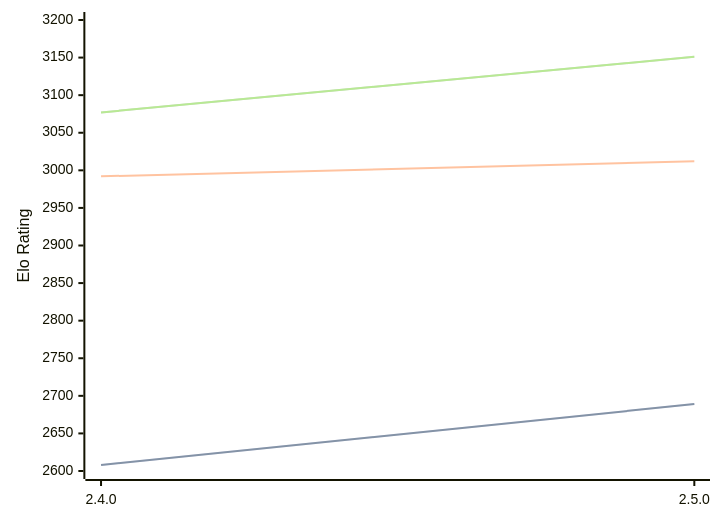
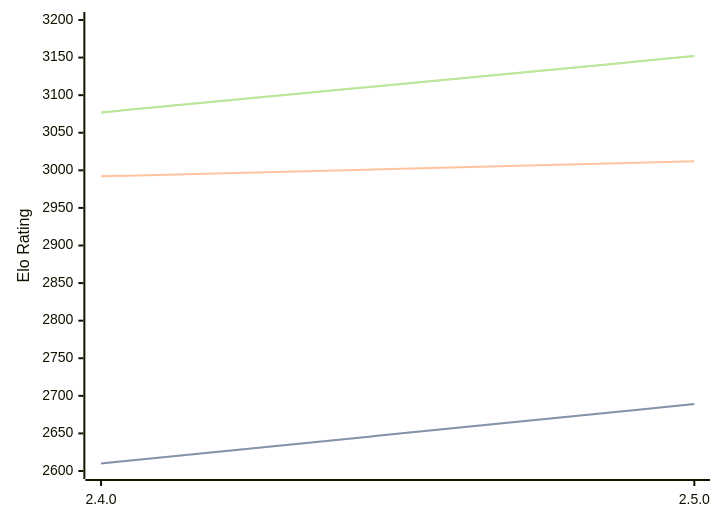
Before and after one commit to computer-chess-index/cci: the third of 3 diagrams in engines/Sturddle2.md, drawn with Mermaid. The commit also changed other lines of this file, not shown here.

Commit message:
Update CCI Ratings (ELO VLTC) - 2026-06-22

````diff
--- a/engines/Sturddle2.md
+++ b/engines/Sturddle2.md
@@ -70,11 +70,11 @@
 ```mermaid
 %%{init: {"theme":"base","themeVariables":{"seriesColors:['#a3a3a3','#222221','#faa371']}}}%%
 xychart-beta
   x-axis ["2.4.0", "2.5.0"]
   y-axis "Elo Rating" 2600 --> 3200
-  line "STC (8.0+0.08s)" [2608, 2689]
-  line "STC (8.0+0.08s)" [2608, 2689]
+  line "STC (8.0+0.08s)" [2610, 2689]
+  line "STC (8.0+0.08s)" [2610, 2689]
   line "LTC (60.0+0.60s)" [2992, 3012]
-  line "VLTC (2m24s+1.12s)" [3077, 3151]
-  line "VLTC (2m24s+1.12s)" [3077, 3151]
+  line "VLTC (2m24s+1.12s)" [3077, 3152]
+  line "VLTC (2m24s+1.12s)" [3077, 3152]
 ```
````
